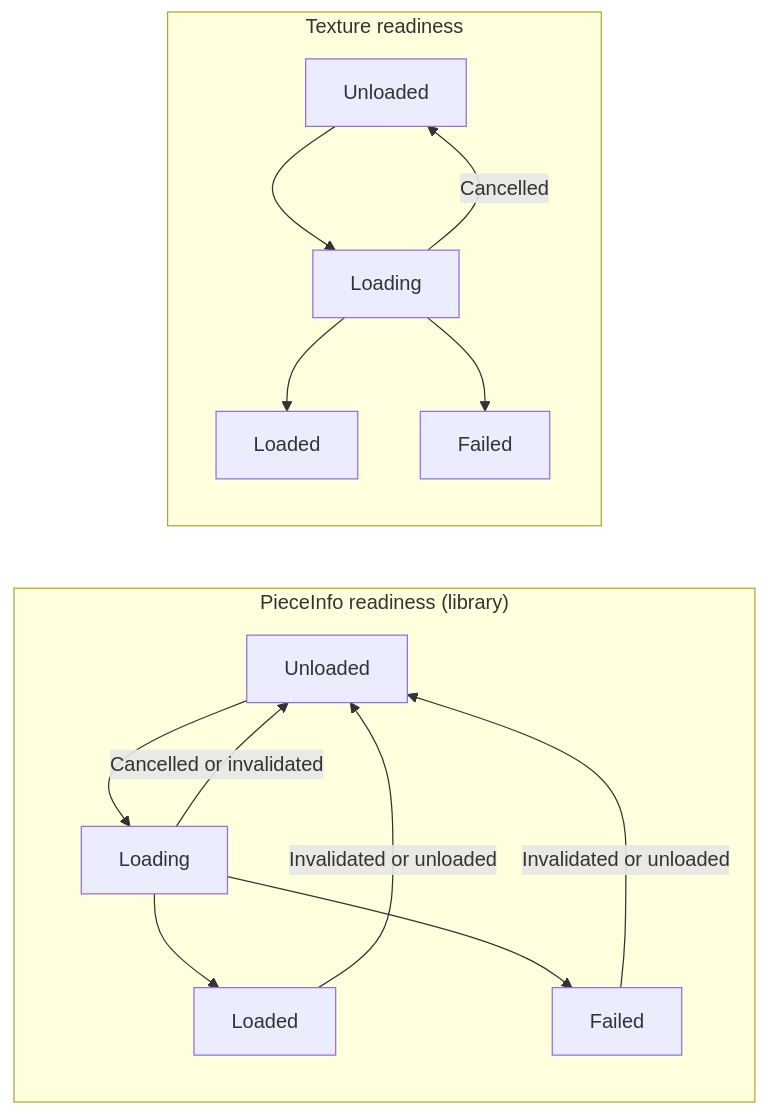
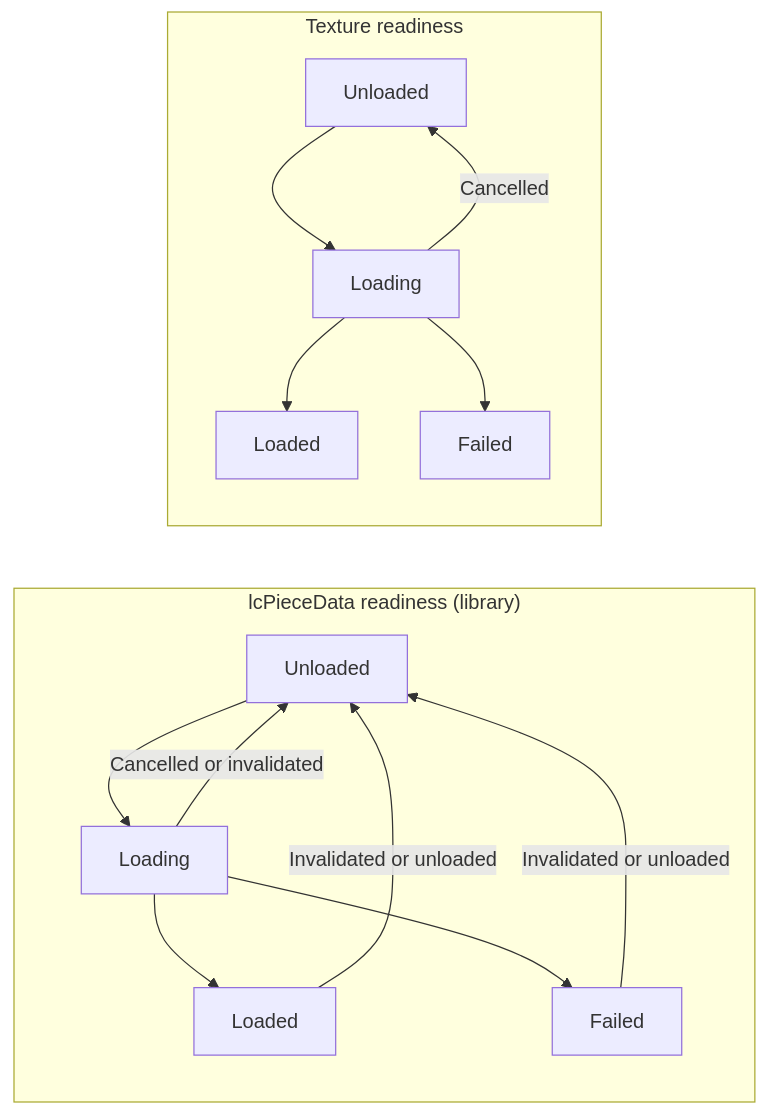
The first of 2 diagrams in docs/asset-loading.md (nathaneltitane/studworx), drawn with Mermaid before and after one commit. The commit also changed other lines of this file and 53 other files, not shown here.

First line of the commit message:
Rename PieceInfo to lcPieceData

````diff
--- a/docs/asset-loading.md
+++ b/docs/asset-loading.md
@@ -218,17 +218,17 @@
 ```mermaid
 flowchart LR
-    subgraph Part["PieceInfo readiness (library)"]
+    subgraph Part["lcPieceData readiness (library)"]
         U[Unloaded] --> L[Loading]
         L --> R[Loaded]
         L --> F[Failed]
         L -->|Cancelled or invalidated| U
         R -->|Invalidated or unloaded| U
         F -->|Invalidated or unloaded| U
     end
     subgraph Texture["Texture readiness"]
         TU[Unloaded] --> TL[Loading]
         TL --> TR[Loaded]
         TL --> TF[Failed]
         TL -->|Cancelled| TU
     end
 ```
````
